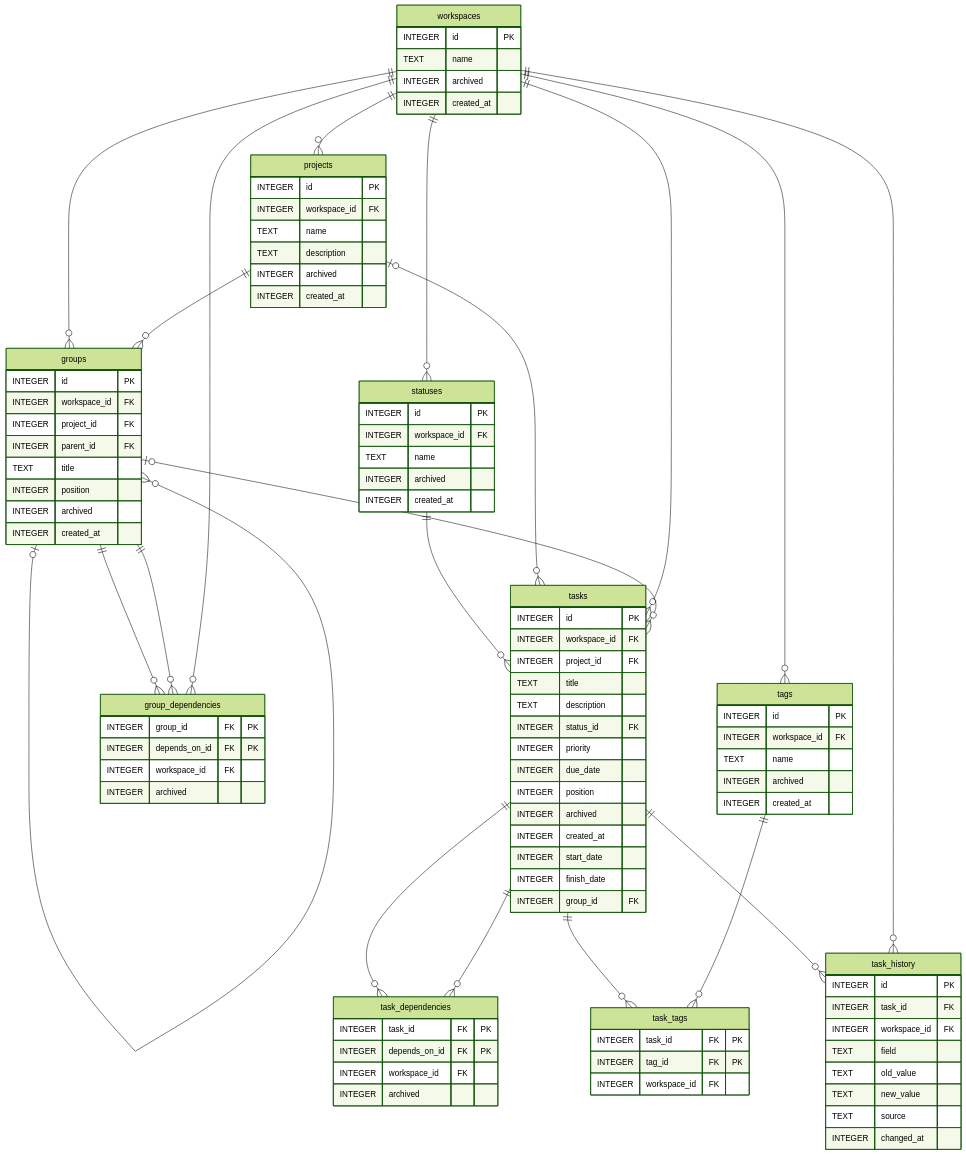
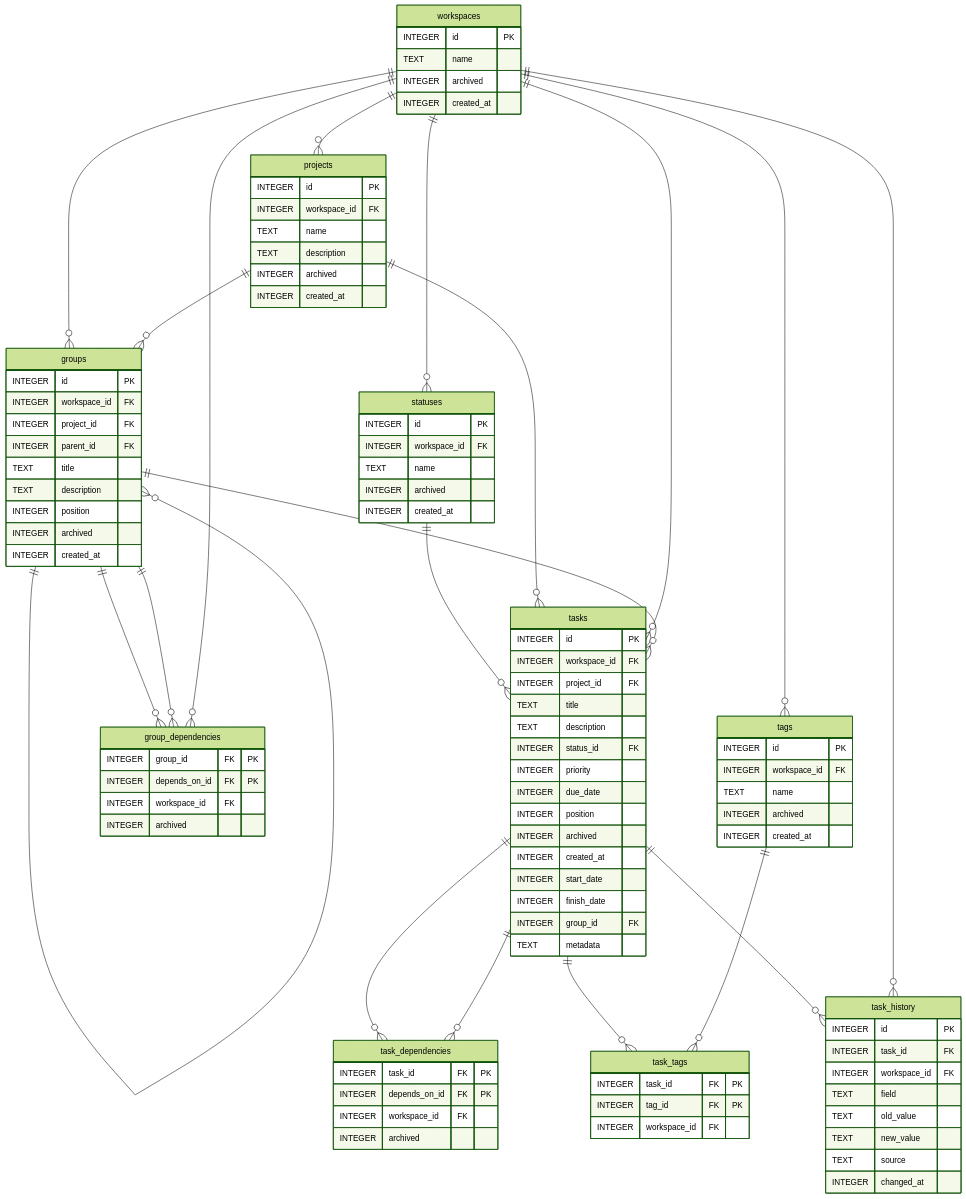
The diagram in docs/erd.md (phansen314/stx), drawn with Mermaid (forest theme) before and after one commit. The commit also changed 7 other files, not shown here.

```diff
--- a/docs/erd.md
+++ b/docs/erd.md
@@ -2,13 +2,13 @@
 erDiagram
     workspaces ||--o{ projects : ""
     workspaces ||--o{ statuses : ""
+    groups ||--o{ groups : ""
     workspaces ||--o{ groups : ""
-    groups |o--o{ groups : ""
     projects ||--o{ groups : ""
     statuses ||--o{ tasks : ""
-    projects |o--o{ tasks : ""
+    projects ||--o{ tasks : ""
     workspaces ||--o{ tasks : ""
-    groups |o--o{ tasks : ""
+    groups ||--o{ tasks : ""
     tasks ||--o{ task_dependencies : ""
     tasks ||--o{ task_dependencies : ""
     groups ||--o{ group_dependencies : ""
@@ -50,6 +50,7 @@
         INTEGER project_id FK
         INTEGER parent_id FK
         TEXT title
+        TEXT description
         INTEGER position
         INTEGER archived
         INTEGER created_at
@@ -70,6 +71,7 @@
         INTEGER start_date
         INTEGER finish_date
         INTEGER group_id FK
+        TEXT metadata
     }
 
     task_dependencies {
```
